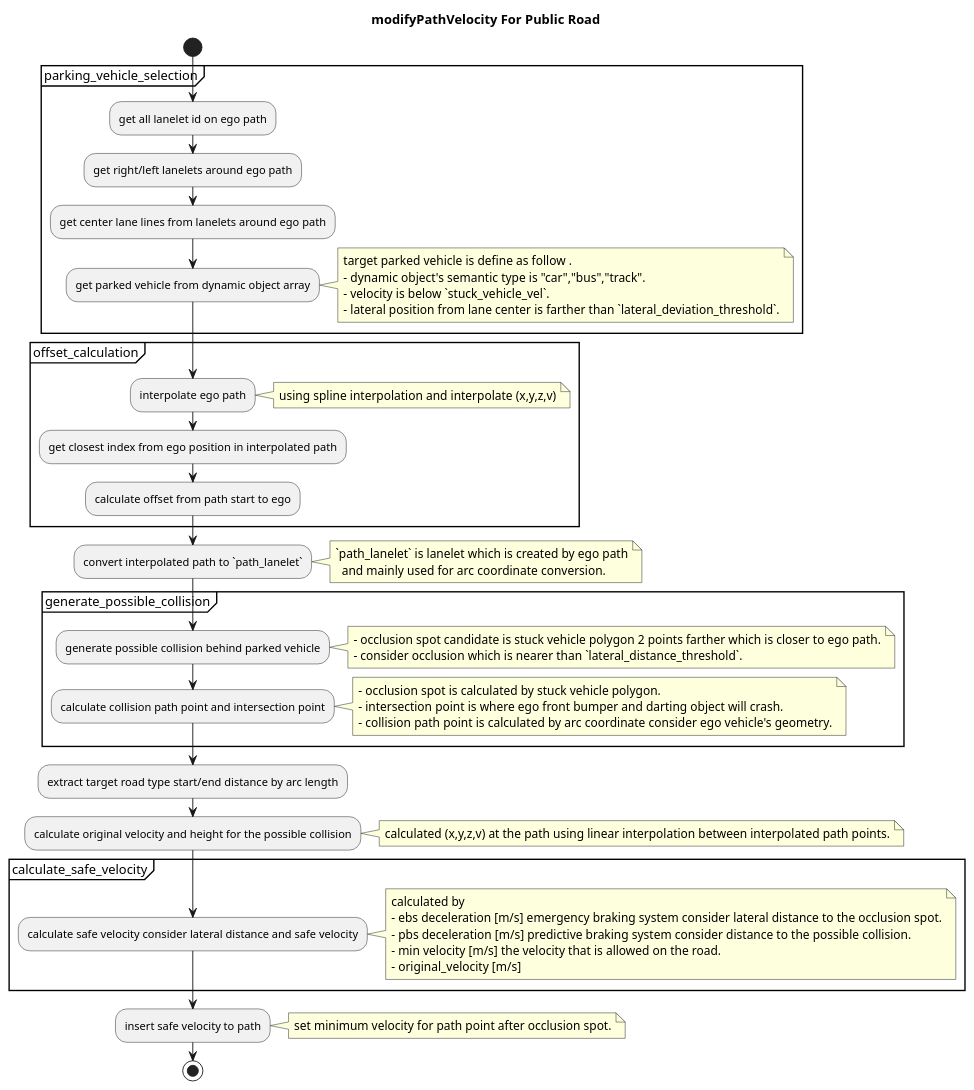
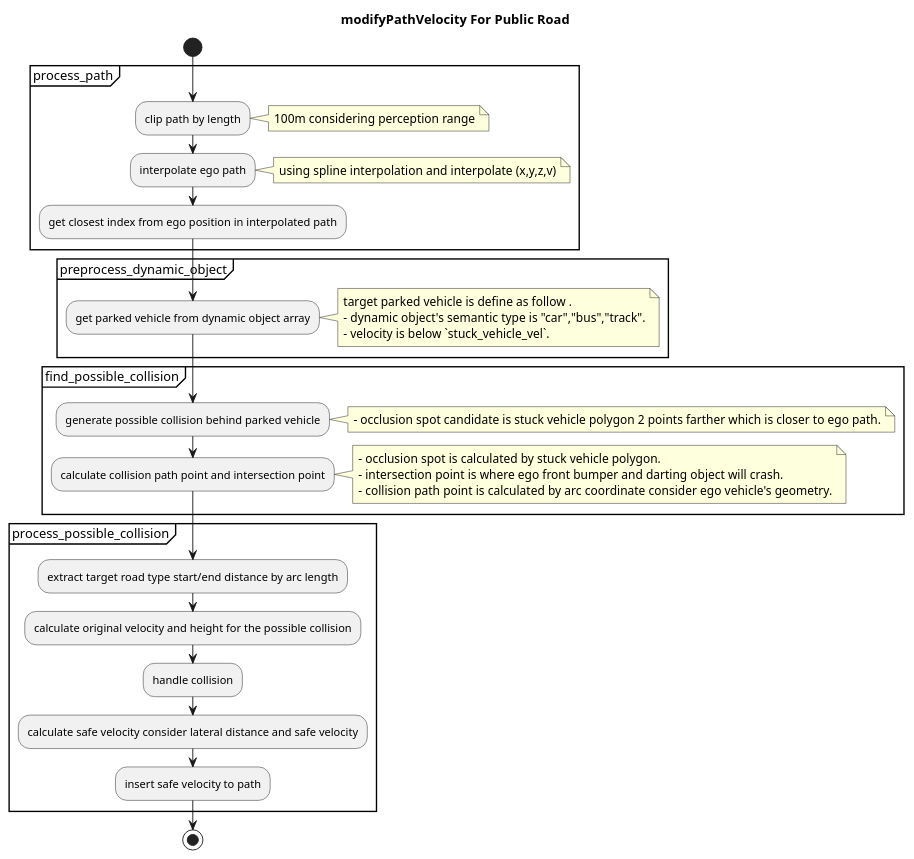
Before and after one commit to autowarefoundation/autoware.universe: the second of 3 diagrams in planning/behavior_velocity_planner/occlusion-spot-design.md, drawn with PlantUML. The commit also changed other lines of this file and 1 other file, not shown here.

Commit message:
doc(behavior_velocity): update occlusion spot doc

````diff
--- a/planning/behavior_velocity_planner/occlusion-spot-design.md
+++ b/planning/behavior_velocity_planner/occlusion-spot-design.md
@@ -125,64 +152,46 @@
 ```plantuml
 @startuml
 title modifyPathVelocity For Public Road
 start
-partition parking_vehicle_selection {
-:get all lanelet id on ego path;
-:get right/left lanelets around ego path;
-:get center lane lines from lanelets around ego path;
+
+partition process_path {
+:clip path by length;
+note right
+  100m considering perception range
+end note
+:interpolate ego path;
+note right
+  using spline interpolation and interpolate (x,y,z,v)
+end note
+:get closest index from ego position in interpolated path;
+}
+partition preprocess_dynamic_object {
 :get parked vehicle from dynamic object array;
 note right
   target parked vehicle is define as follow .
   - dynamic object's semantic type is "car","bus","track".
   - velocity is below `stuck_vehicle_vel`.
-  - lateral position from lane center is farther than `lateral_deviation_threshold`.
 end note
 }
-partition offset_calculation {
-:interpolate ego path;
-note right
-  using spline interpolation and interpolate (x,y,z,v)
-end note
-:get closest index from ego position in interpolated path;
-:calculate offset from path start to ego;
-}
-:convert interpolated path to `path_lanelet`;
-note right
-  `path_lanelet` is lanelet which is created by ego path
-    and mainly used for arc coordinate conversion.
-end note
-partition generate_possible_collision {
+partition find_possible_collision {
 :generate possible collision behind parked vehicle;
 note right
   - occlusion spot candidate is stuck vehicle polygon 2 points farther which is closer to ego path.
-  - consider occlusion which is nearer than `lateral_distance_threshold`.
 end note
 :calculate collision path point and intersection point;
 note right
   - occlusion spot is calculated by stuck vehicle polygon.
   - intersection point is where ego front bumper and darting object will crash.
   - collision path point is calculated by arc coordinate consider ego vehicle's geometry.
 end note
 }
+partition process_possible_collision {
 :extract target road type start/end distance by arc length;
 :calculate original velocity and height for the possible collision;
-note right
-calculated (x,y,z,v) at the path using linear interpolation between interpolated path points.
-end note
-partition calculate_safe_velocity {
+:handle collision;
 :calculate safe velocity consider lateral distance and safe velocity;
-note right
-calculated by
-- ebs deceleration [m/s] emergency braking system consider lateral distance to the occlusion spot.
-- pbs deceleration [m/s] predictive braking system consider distance to the possible collision.
-- min velocity [m/s] the velocity that is allowed on the road.
-- original_velocity [m/s]
-end note
+:insert safe velocity to path;
 }
-:insert safe velocity to path;
-note right
- set minimum velocity for path point after occlusion spot.
-end note
 stop
 @enduml
 ```
````
